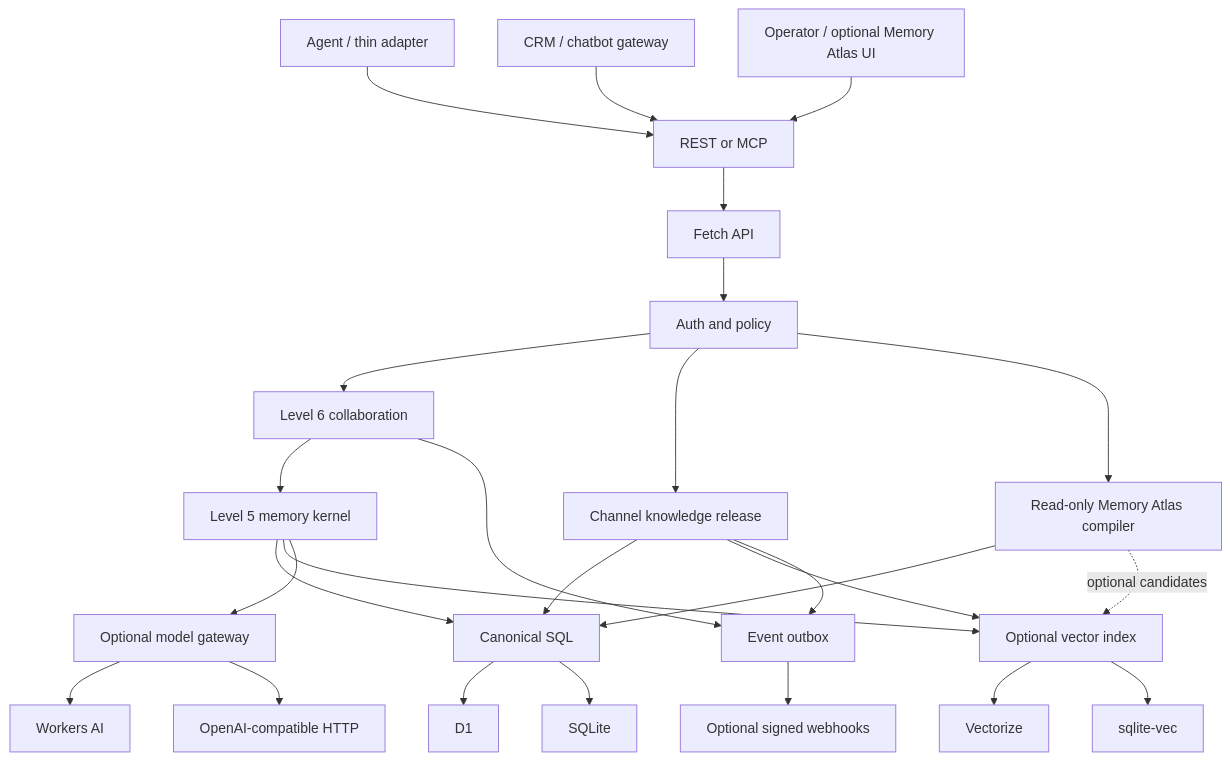
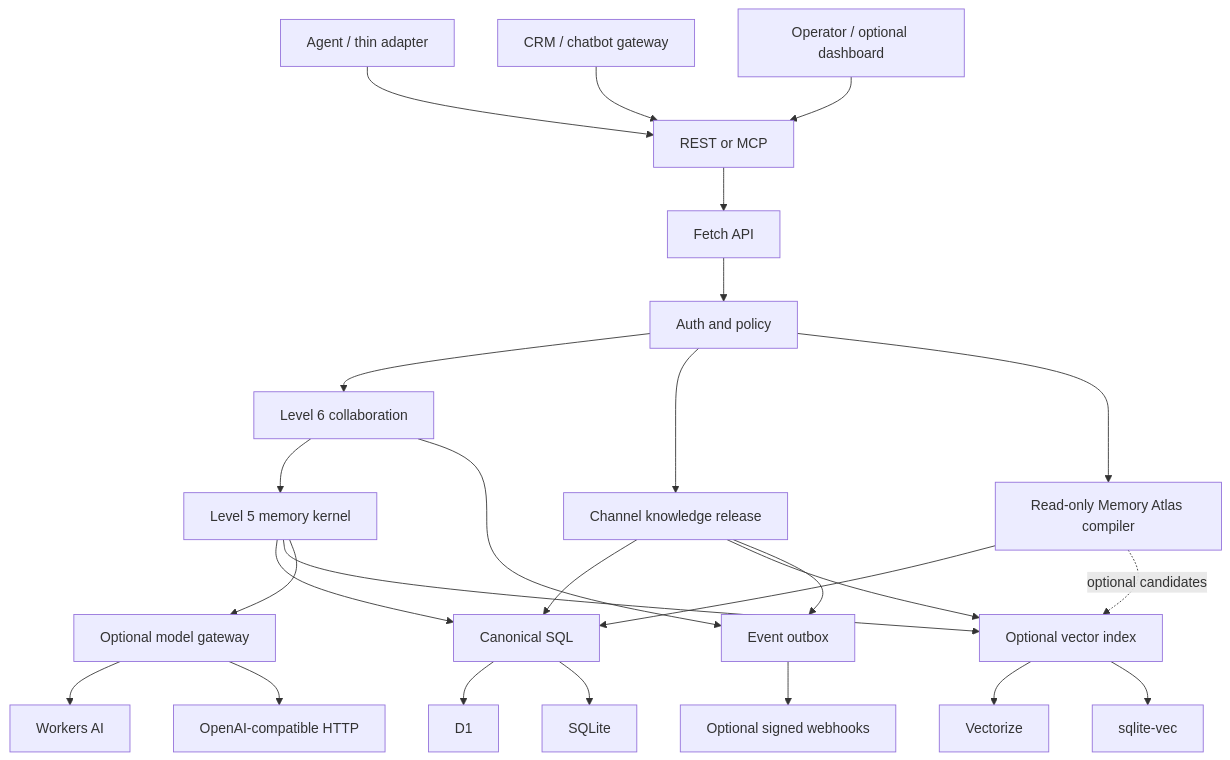
Before and after one commit to RamaAditya49/titen: the diagram in docs/architecture/overview.md, drawn with Mermaid. The commit also changed other lines of this file and 11 other files, not shown here.

Commit message:
docs: define progressive dashboard information architecture

````diff
--- a/docs/architecture/overview.md
+++ b/docs/architecture/overview.md
@@ -20,29 +22,29 @@
 ```mermaid
 flowchart TB
     A[Agent / thin adapter] --> X[REST or MCP]
     G[CRM / chatbot gateway] --> X
-    O[Operator / optional Memory Atlas UI] --> X
+    O[Operator / optional dashboard] --> X
     X --> H[Fetch API]
     H --> P[Auth and policy]
     P --> C[Level 6 collaboration]
     P --> R[Channel knowledge release]
     P --> MV[Read-only Memory Atlas compiler]
     C --> K[Level 5 memory kernel]
     K --> S[Canonical SQL]
     K --> I[Optional vector index]
     K --> M[Optional model gateway]
     C --> E[Event outbox]
     R --> S
     R --> I
     R --> E
     MV --> S
     MV -. optional candidates .-> I
 
     S --> D1[D1]
     S --> SQ[SQLite]
     I --> V[Vectorize]
     I --> SV[sqlite-vec]
     M --> WAI[Workers AI]
     M --> OAI[OpenAI-compatible HTTP]
     E --> W[Optional signed webhooks]
 ```
````
